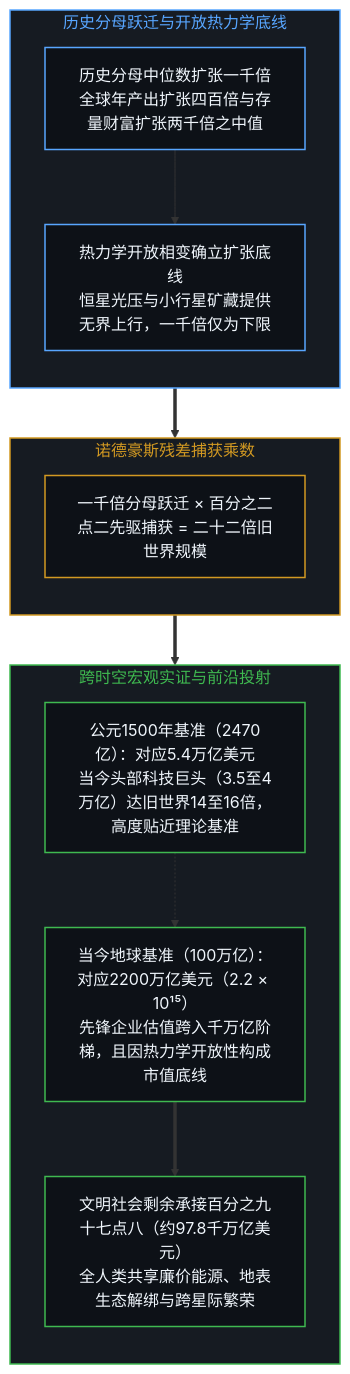
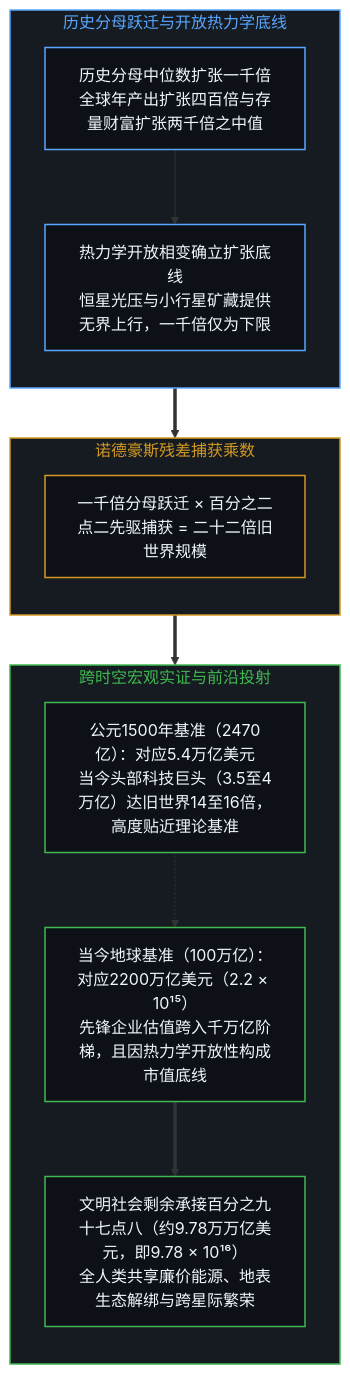
Before and after one commit to powerpig99/not-a-toe: the seventh of 14 diagrams in content/posts/beyond-the-hundred-trillion-horizon.md, drawn with Mermaid. The commit also changed other lines of this file and 4 other files, not shown here.

Commit message:
Fix Post #381: Correct civilizational surplus unit to 10^16/10^17 dollars (万万亿美元)

````diff
--- a/content/posts/beyond-the-hundred-trillion-horizon.md
+++ b/content/posts/beyond-the-hundred-trillion-horizon.md
@@ -277,36 +277,36 @@
 ```mermaid
 flowchart TD
     classDef default fill:#0d1117,stroke:#30363d,stroke-width:1px,color:#f0f6fc;
     classDef mind fill:#0d1117,stroke:#3fb950,stroke-width:1.5px,color:#f0f6fc;
     classDef warn fill:#0d1117,stroke:#d29922,stroke-width:1.5px,color:#f0f6fc;
     classDef fail fill:#0d1117,stroke:#f85149,stroke-width:1.5px,color:#f0f6fc;
     classDef model fill:#0d1117,stroke:#58a6ff,stroke-width:1.5px,color:#f0f6fc;
 
     subgraph S_DENOM_ZH ["历史分母跃迁与开放热力学底线"]
         direction TB
         MEDIAN["历史分母中位数扩张一千倍<br/>全球年产出扩张四百倍与存量财富扩张两千倍之中值"]:::model
         FLOOR["热力学开放相变确立扩张底线<br/>恒星光压与小行星矿藏提供无界上行，一千倍仅为下限"]:::model
         MEDIAN --> FLOOR
     end
 
     subgraph S_FORMULA_ZH ["诺德豪斯残差捕获乘数"]
         direction TB
         CALC["一千倍分母跃迁 × 百分之二点二先驱捕获 = 二十二倍旧世界规模"]:::warn
     end
 
     subgraph S_MAPPING_ZH ["跨时空宏观实证与前沿投射"]
         direction TB
         HIST_VAL["公元1500年基准（2470亿）：对应5.4万亿美元<br/>当今头部科技巨头（3.5至4万亿）达旧世界14至16倍，高度贴近理论基准"]:::mind
         SPACE_VAL["当今地球基准（100万亿）：对应2200万亿美元（2.2 × 10¹⁵）<br/>先锋企业估值跨入千万亿阶梯，且因热力学开放性构成市值底线"]:::mind
-        SURPLUS["文明社会剩余承接百分之九十七点八（约97.8千万亿美元）<br/>全人类共享廉价能源、地表生态解绑与跨星际繁荣"]:::mind
+        SURPLUS["文明社会剩余承接百分之九十七点八（约9.78万万亿美元，即9.78 × 10¹⁶）<br/>全人类共享廉价能源、地表生态解绑与跨星际繁荣"]:::mind
         HIST_VAL -.-> SPACE_VAL
         SPACE_VAL ==> SURPLUS
     end
 
     S_DENOM_ZH ==> S_FORMULA_ZH
     S_FORMULA_ZH ==> S_MAPPING_ZH
 
     style S_DENOM_ZH fill:#161b22,stroke:#58a6ff,stroke-width:1.5px,color:#58a6ff
     style S_FORMULA_ZH fill:#161b22,stroke:#d29922,stroke-width:1.5px,color:#d29922
     style S_MAPPING_ZH fill:#161b22,stroke:#3fb950,stroke-width:1.5px,color:#3fb950
 ```
````
